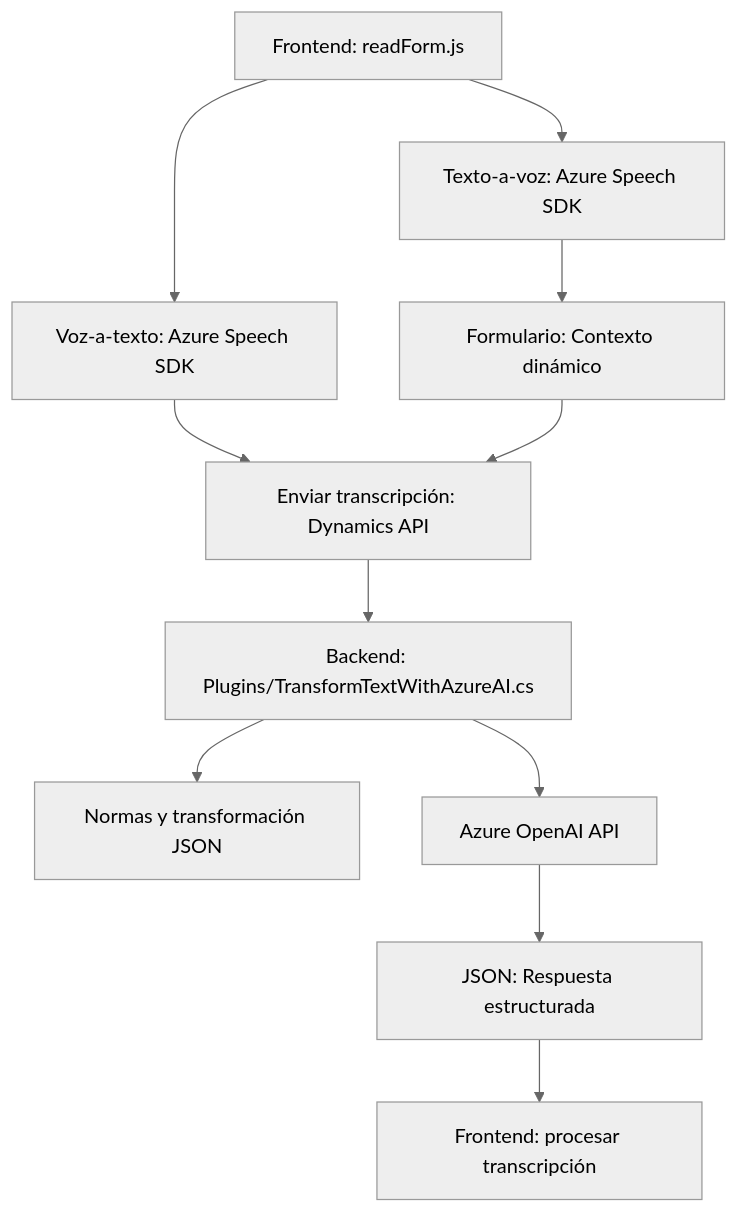
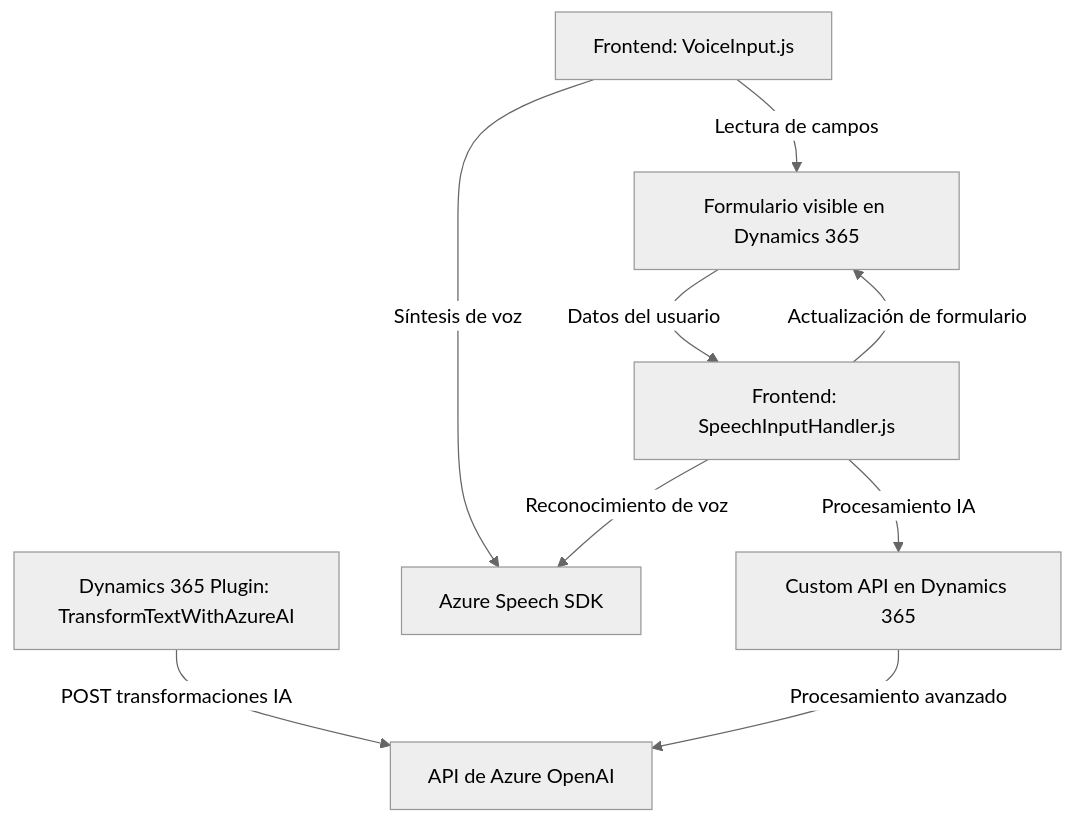
Before and after one commit to blopezdm/NETCORE_BILBAO2025: the diagram in README.md, drawn with Mermaid (neutral theme). The commit also changed other lines of this file, not shown here.

````diff
--- a/README.md
+++ b/README.md
@@ -39,13 +42,19 @@
 ```mermaid
 graph TD
-    A[Frontend: readForm.js] --> B["Voz-a-texto: Azure Speech SDK"]
-    A[Frontend: readForm.js] --> C["Texto-a-voz: Azure Speech SDK"]
-    C --> D["Formulario: Contexto dinámico"]
-    B --> E["Enviar transcripción: Dynamics API"]
-    D --> E
-    E --> F["Backend: Plugins/TransformTextWithAzureAI.cs"]
-    F --> G["Normas y transformación JSON"]
-    F --> H[Azure OpenAI API]
-    H --> I["JSON: Respuesta estructurada"]
-    I --> J["Frontend: procesar transcripción"]
+  A["Dynamics 365 Plugin: TransformTextWithAzureAI"]
+  B["API de Azure OpenAI"]
+  C["Frontend: VoiceInput.js"]
+  D["Frontend: SpeechInputHandler.js"]
+  E["Azure Speech SDK"]
+  F["Formulario visible en Dynamics 365"]
+  G["Custom API en Dynamics 365"]
+
+  A -->|POST transformaciones IA| B
+  C -->|Lectura de campos| F
+  C -->|Síntesis de voz| E
+  D -->|Reconocimiento de voz| E
+  D -->|Procesamiento IA| G
+  G -->|Procesamiento avanzado| B
+  D -->|Actualización de formulario| F
+  F -->|Datos del usuario| D
 ```
````
